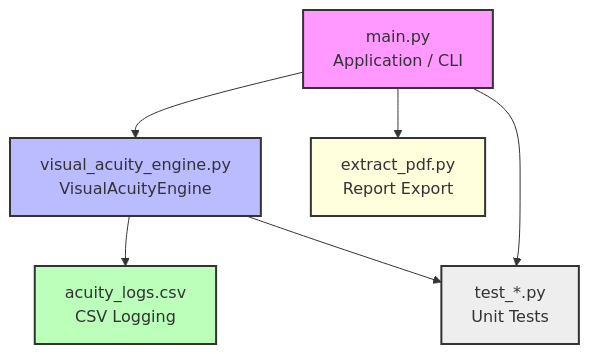
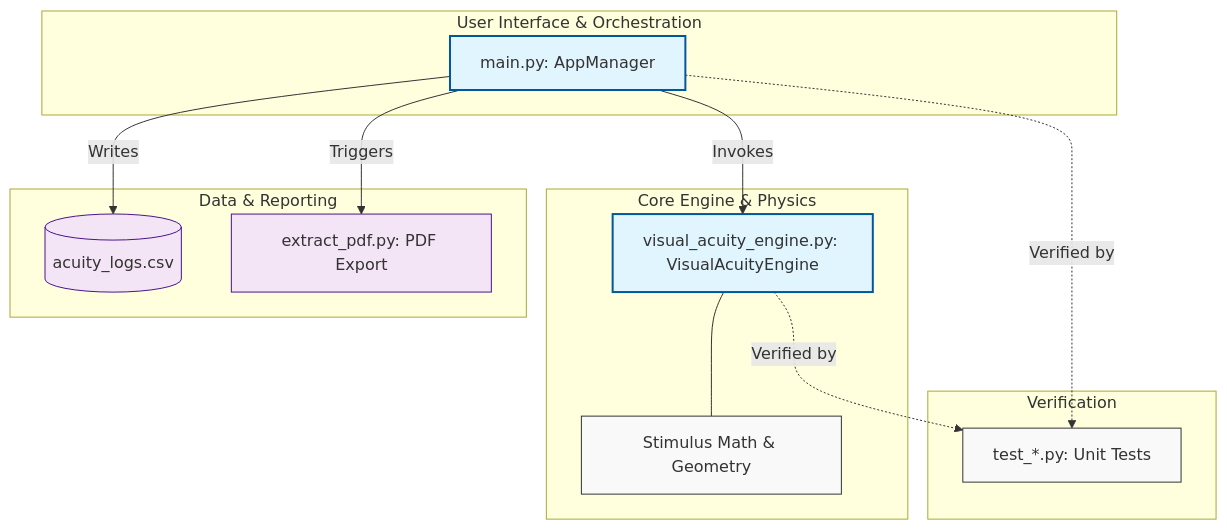
The diagram in README.md (Dheerajvarma1/Visual-Acuity-Engine), drawn with Mermaid before and after one commit. The commit also changed other lines of this file, not shown here.

Commit message:
Updated ReadMe File

````diff
--- a/README.md
+++ b/README.md
@@ -72,13 +74,35 @@
 ```mermaid
 graph TD
-  A[main.py\nApplication / CLI] --> B[visual_acuity_engine.py\nVisualAcuityEngine]
-  B --> C[acuity_logs.csv\nCSV Logging]
-  A --> D[extract_pdf.py\nReport Export]
-  A --> E[test_*.py\nUnit Tests]
-  B --> E
-  style A fill:#f9f,stroke:#333,stroke-width:2px
-  style B fill:#bbf,stroke:#333,stroke-width:2px
-  style C fill:#bfb,stroke:#333,stroke-width:2px
-  style D fill:#ffd,stroke:#333,stroke-width:2px
-  style E fill:#eee,stroke:#333,stroke-width:2px
+    subgraph UI_Layer [User Interface & Orchestration]
+        Main[main.py: AppManager]
+    end
+
+    subgraph Logic_Layer [Core Engine & Physics]
+        Engine[visual_acuity_engine.py: VisualAcuityEngine]
+        Math[Stimulus Math & Geometry]
+    end
+
+    subgraph Data_Layer [Data & Reporting]
+        Logs[(acuity_logs.csv)]
+        PDF[extract_pdf.py: PDF Export]
+    end
+
+    subgraph Test_Layer [Verification]
+        Tests[test_*.py: Unit Tests]
+    end
+
+    Main -->|Invokes| Engine
+    Engine --- Math
+    Main -->|Writes| Logs
+    Main -->|Triggers| PDF
+    Main -.->|Verified by| Tests
+    Engine -.->|Verified by| Tests
+
+    %% Styling
+    classDef default fill:#f9f9f9,stroke:#333,stroke-width:1px,color:#333;
+    classDef primary fill:#e1f5fe,stroke:#01579b,stroke-width:2px,color:#333;
+    classDef secondary fill:#f3e5f5,stroke:#4a148c,stroke-width:1px,color:#333;
+    
+    class Main,Engine primary;
+    class Logs,PDF secondary;
 ```
````
